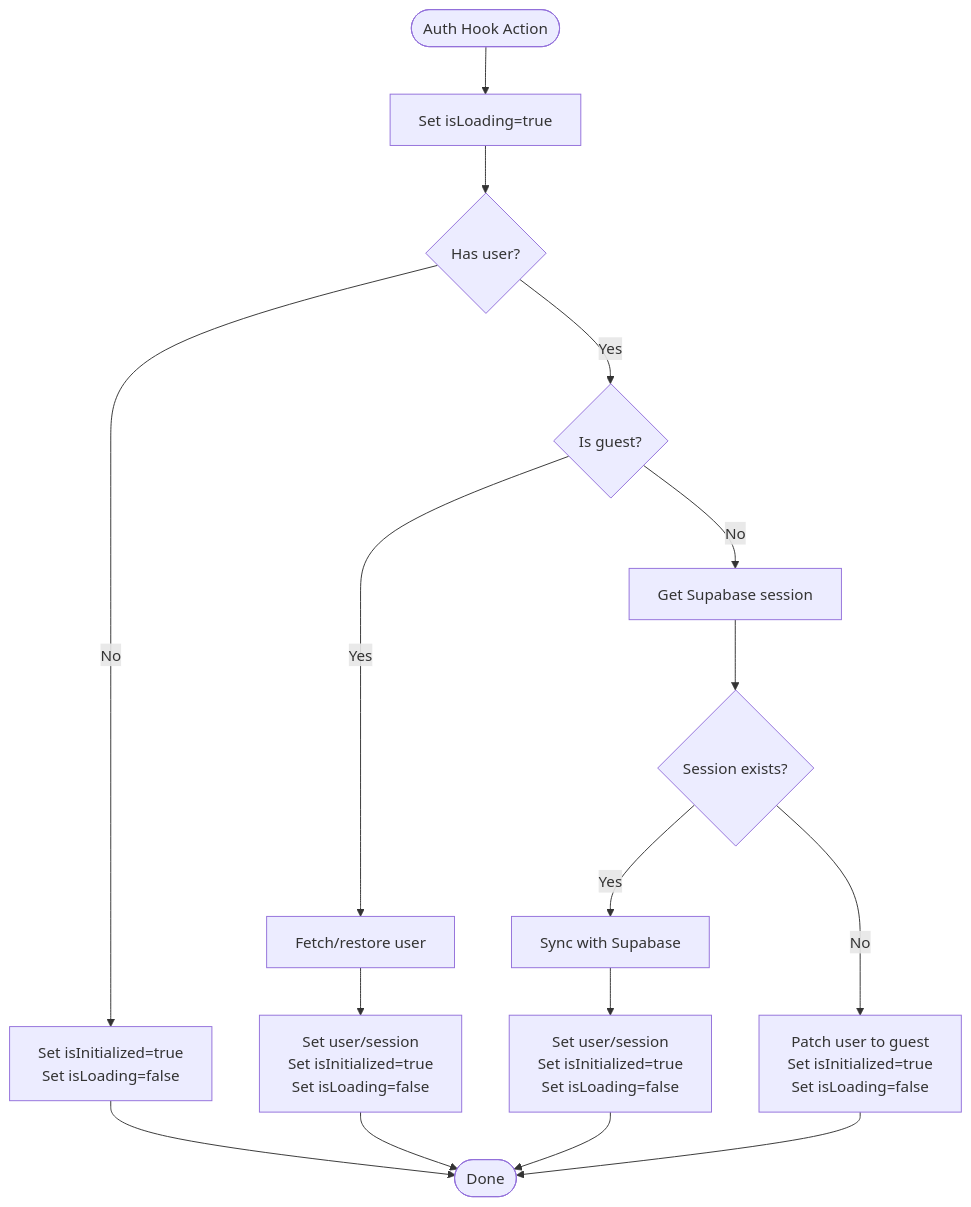
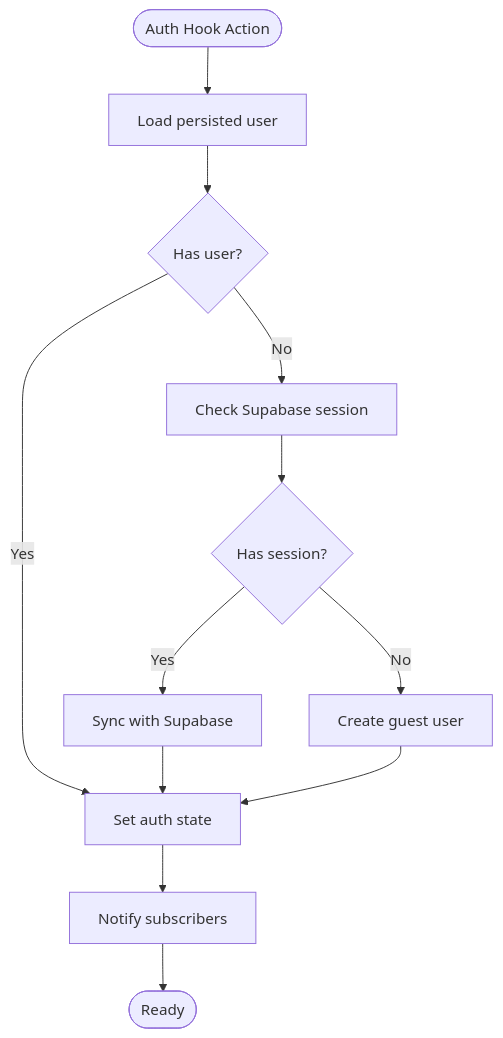
The fourth of 7 diagrams in .qoder/repowiki/en/content/State Management Architecture/LegendAppState Core System.md (karllasouzza/PowerLists), drawn with Mermaid before and after one commit. The commit also changed other lines of this file and 5 other files, not shown here.

````diff
--- a/.qoder/repowiki/en/content/State Management Architecture/LegendAppState Core System.md
+++ b/.qoder/repowiki/en/content/State Management Architecture/LegendAppState Core System.md
@@ -152,18 +274,14 @@
 ```mermaid
 flowchart TD
-Start(["Auth Hook Action"]) --> SetLoading["Set isLoading=true"]
-SetLoading --> CheckUser{"Has user?"}
-CheckUser --> |No| MarkInit["Set isInitialized=true<br/>Set isLoading=false"]
-CheckUser --> |Yes| Guest{"Is guest?"}
-Guest --> |Yes| FetchRestore["Fetch/restore user"]
-Guest --> |No| CheckSession["Get Supabase session"]
-FetchRestore --> UpdateUser["Set user/session<br/>Set isInitialized=true<br/>Set isLoading=false"]
-CheckSession --> HasSession{"Session exists?"}
-HasSession --> |Yes| Sync["Sync with Supabase"]
-Sync --> ApplyUser["Set user/session<br/>Set isInitialized=true<br/>Set isLoading=false"]
-HasSession --> |No| PatchGuest["Patch user to guest<br/>Set isInitialized=true<br/>Set isLoading=false"]
-MarkInit --> End(["Done"])
-UpdateUser --> End
-ApplyUser --> End
-PatchGuest --> End
+Start(["Auth Hook Action"]) --> LoadUser["Load persisted user"]
+LoadUser --> CheckUser{"Has user?"}
+CheckUser --> |Yes| SetState["Set auth state"]
+CheckUser --> |No| CheckSession["Check Supabase session"]
+CheckSession --> HasSession{"Has session?"}
+HasSession --> |Yes| SyncUser["Sync with Supabase"]
+SyncUser --> SetState
+HasSession --> |No| CreateGuest["Create guest user"]
+CreateGuest --> SetState
+SetState --> Notify["Notify subscribers"]
+Notify --> End(["Ready"])
 ```
````
